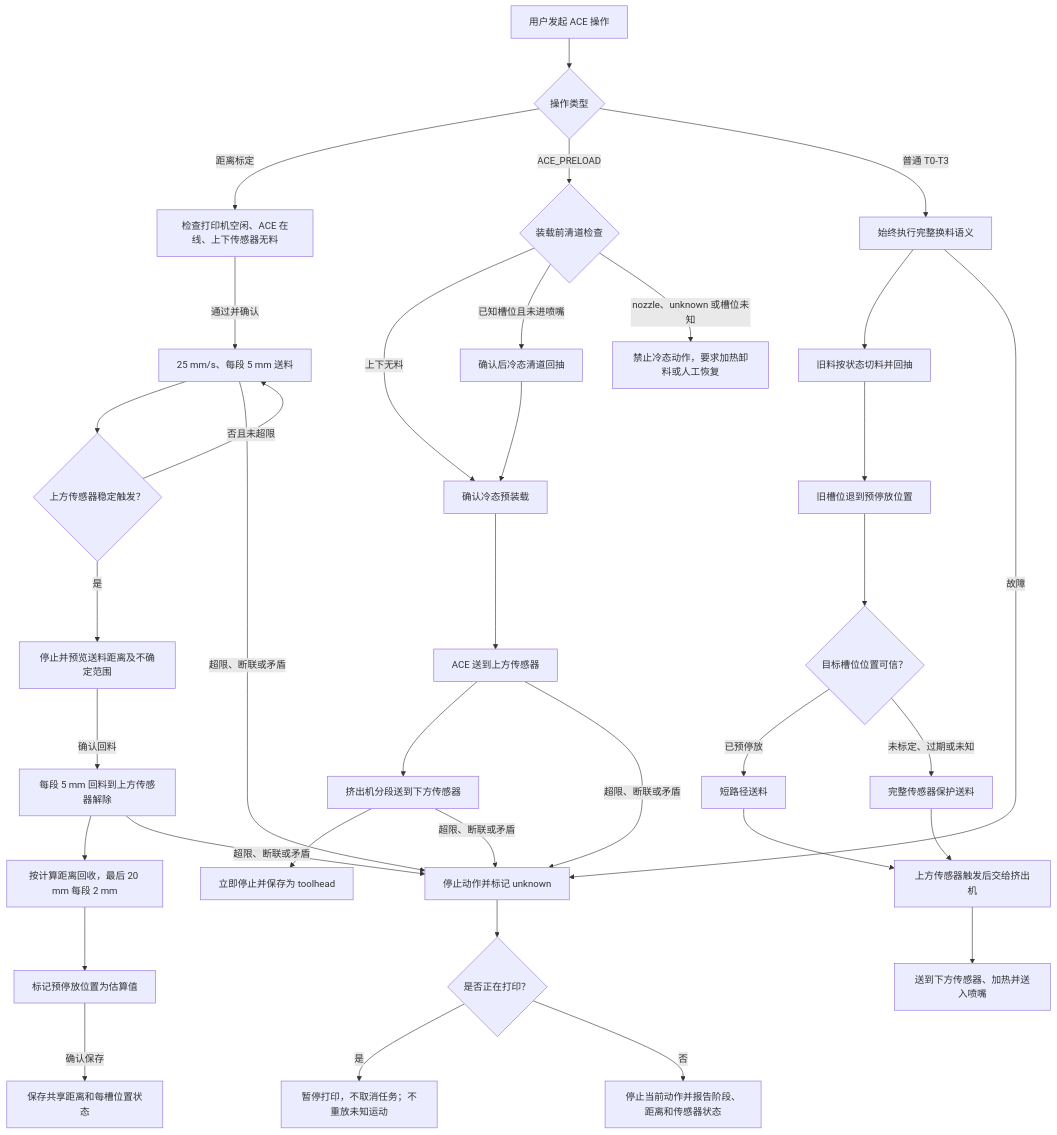
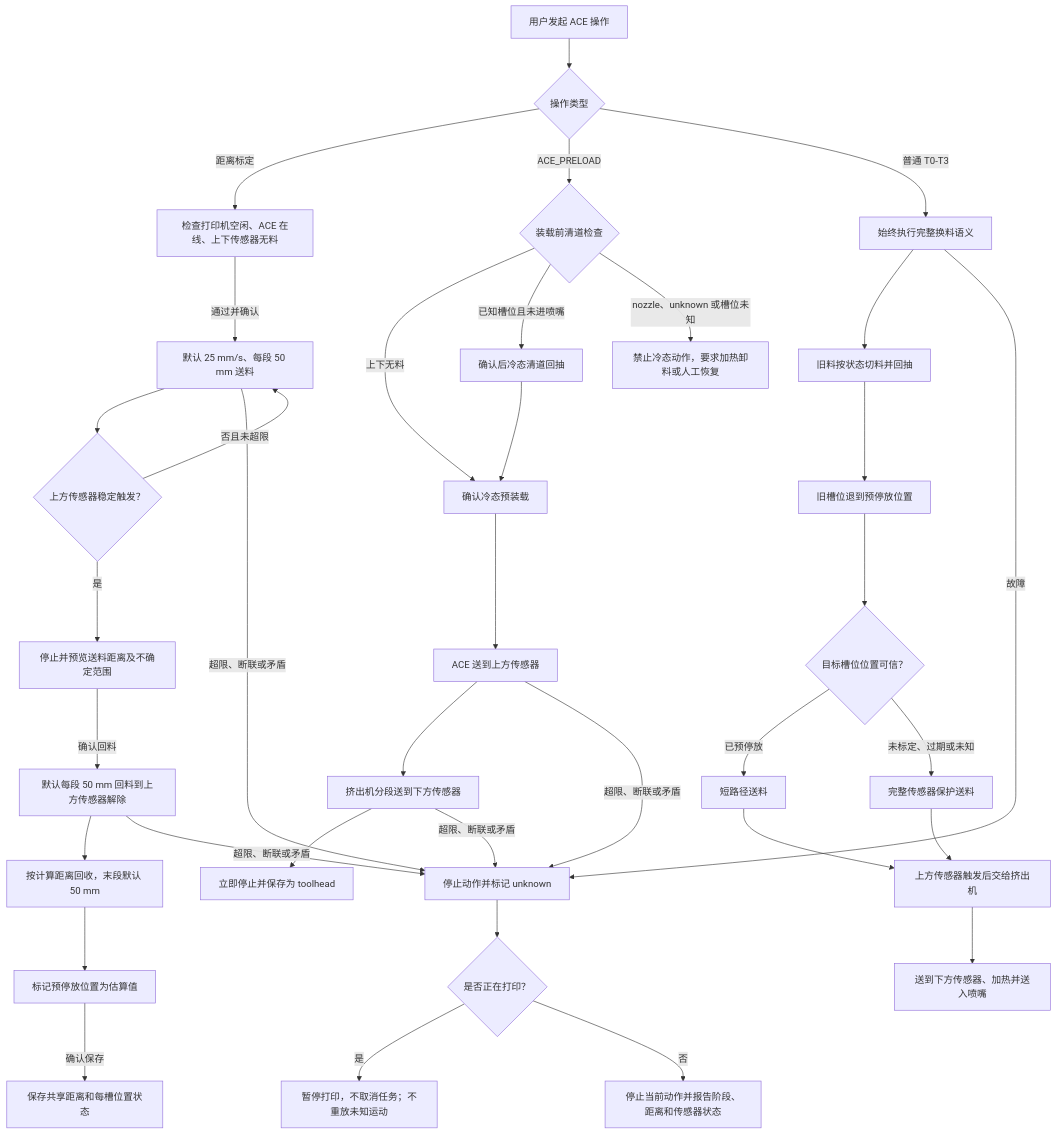
The diagram in docs/superpowers/specs/2026-07-27-ace-distance-calibration-five-way-parking-design.md (Luomo520/ace-pro-control-center), drawn with Mermaid before and after one commit. The commit also changed other lines of this file and 175 other files, not shown here.

````diff
--- a/docs/superpowers/specs/2026-07-27-ace-distance-calibration-five-way-parking-design.md
+++ b/docs/superpowers/specs/2026-07-27-ace-distance-calibration-five-way-parking-design.md
@@ -253,42 +253,42 @@
 ```mermaid
 flowchart TD
     A["用户发起 ACE 操作"] --> B{"操作类型"}
 
     B -->|"距离标定"| C["检查打印机空闲、ACE 在线、上下传感器无料"]
-    C -->|"通过并确认"| D["25 mm/s、每段 5 mm 送料"]
+    C -->|"通过并确认"| D["默认 25 mm/s、每段 50 mm 送料"]
     D --> E{"上方传感器稳定触发？"}
     E -->|"否且未超限"| D
     E -->|"是"| F["停止并预览送料距离及不确定范围"]
-    F -->|"确认回料"| G["每段 5 mm 回料到上方传感器解除"]
-    G --> H["按计算距离回收，最后 20 mm 每段 2 mm"]
+    F -->|"确认回料"| G["默认每段 50 mm 回料到上方传感器解除"]
+    G --> H["按计算距离回收，末段默认 50 mm"]
     H --> I["标记预停放位置为估算值"]
     I -->|"确认保存"| J["保存共享距离和每槽位置状态"]
 
     B -->|"ACE_PRELOAD"| K{"装载前清道检查"}
     K -->|"上下无料"| L["确认冷态预装载"]
     K -->|"已知槽位且未进喷嘴"| M["确认后冷态清道回抽"]
     K -->|"nozzle、unknown 或槽位未知"| N["禁止冷态动作，要求加热卸料或人工恢复"]
     M --> L
     L --> O["ACE 送到上方传感器"]
     O --> P["挤出机分段送到下方传感器"]
     P --> Q["立即停止并保存为 toolhead"]
 
     B -->|"普通 T0-T3"| R["始终执行完整换料语义"]
     R --> S["旧料按状态切料并回抽"]
     S --> T["旧槽位退到预停放位置"]
     T --> U{"目标槽位位置可信？"}
     U -->|"已预停放"| V["短路径送料"]
     U -->|"未标定、过期或未知"| W["完整传感器保护送料"]
     V --> X["上方传感器触发后交给挤出机"]
     W --> X
     X --> Y["送到下方传感器、加热并送入喷嘴"]
 
     D -->|"超限、断联或矛盾"| ERR["停止动作并标记 unknown"]
     G -->|"超限、断联或矛盾"| ERR
     O -->|"超限、断联或矛盾"| ERR
     P -->|"超限、断联或矛盾"| ERR
     R -->|"故障"| ERR
     ERR --> Z{"是否正在打印？"}
     Z -->|"是"| PAUSE["暂停打印，不取消任务；不重放未知运动"]
     Z -->|"否"| REPORT["停止当前动作并报告阶段、距离和传感器状态"]
 ```
````
